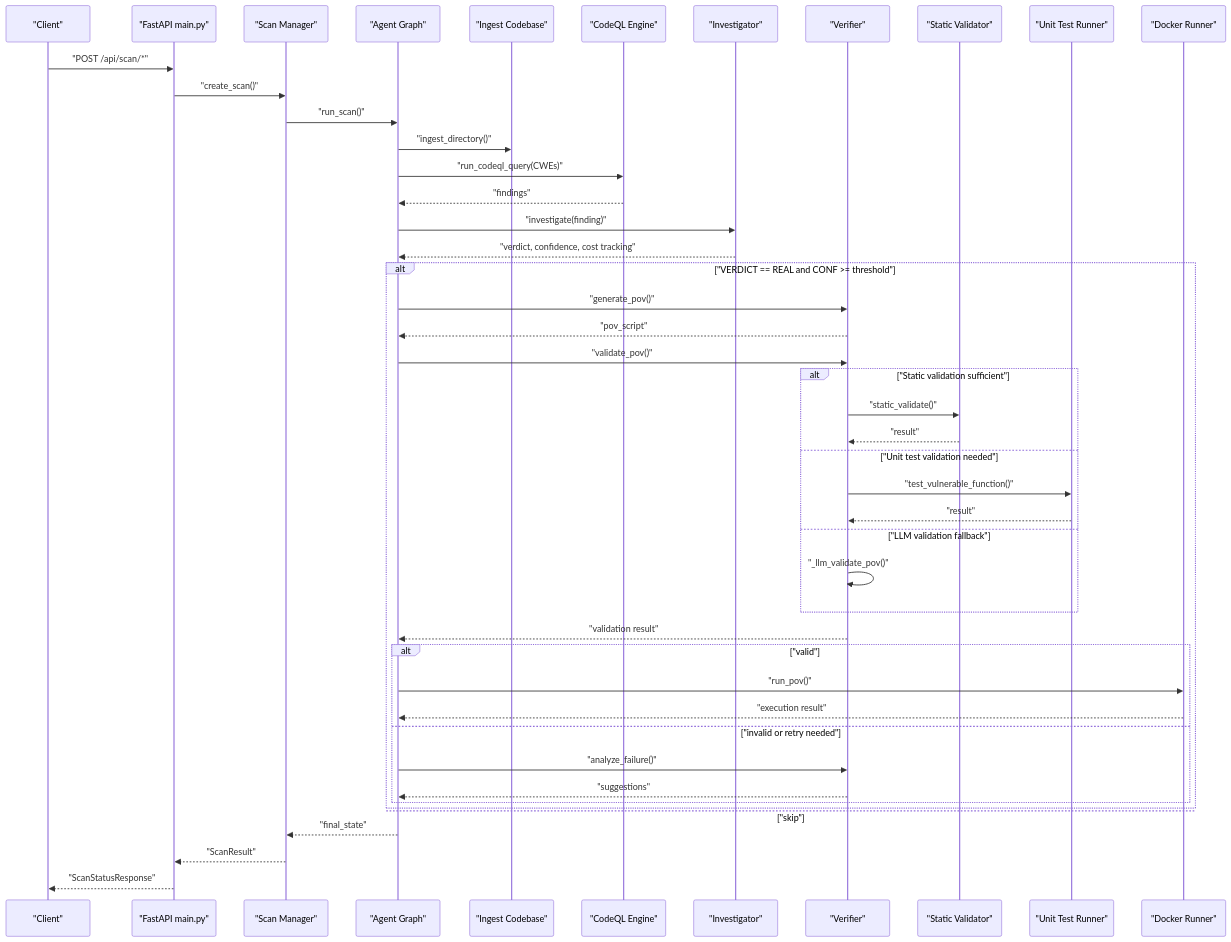
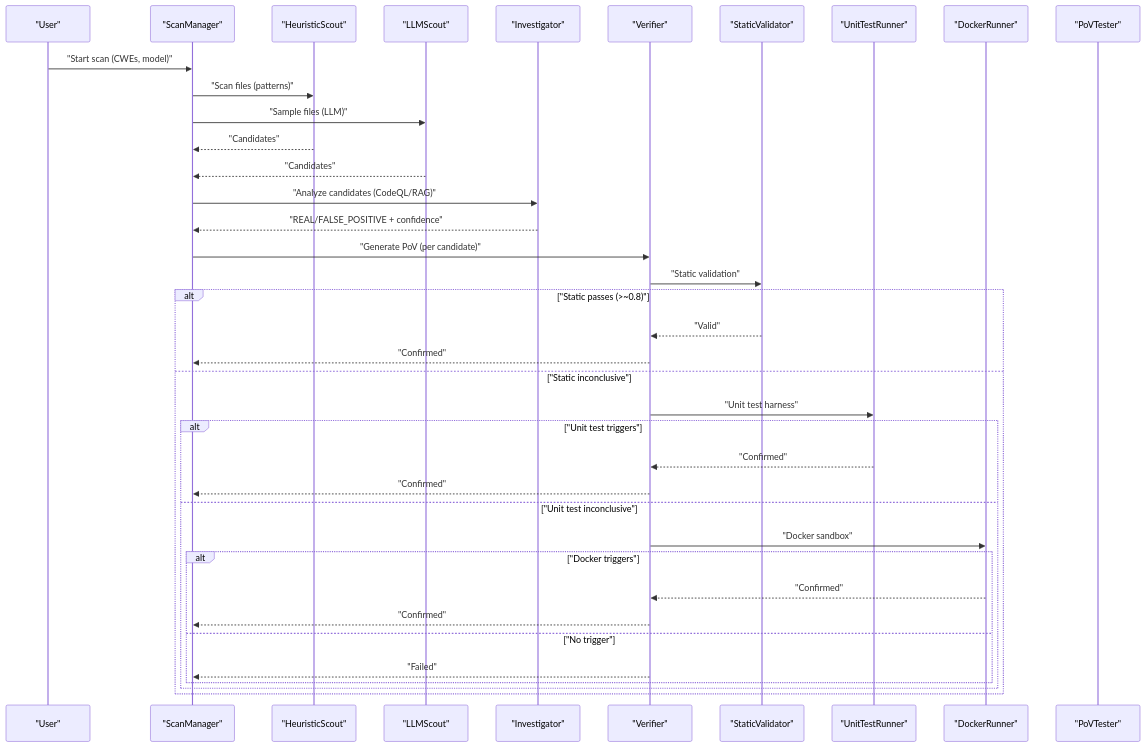
One commit to keysight-anya/AutoPoV changed the second of 5 diagrams in .qoder/repowiki/en/content/Vulnerability Detection/Vulnerability Detection.md. Above: the diagram before and after it, drawn with Mermaid. The commit also changed other lines of this file and 218 other files, not shown here.

````diff
--- a/.qoder/repowiki/en/content/Vulnerability Detection/Vulnerability Detection.md
+++ b/.qoder/repowiki/en/content/Vulnerability Detection/Vulnerability Detection.md
@@ -153,48 +140,40 @@
 ```mermaid
 sequenceDiagram
-participant Client as "Client"
-participant API as "FastAPI main.py"
-participant Manager as "Scan Manager"
-participant Graph as "Agent Graph"
-participant Ingest as "Ingest Codebase"
-participant CodeQL as "CodeQL Engine"
-participant Inv as "Investigator"
-participant Ver as "Verifier"
-participant Static as "Static Validator"
-participant Unit as "Unit Test Runner"
-participant Dock as "Docker Runner"
-Client->>API : "POST /api/scan/*"
-API->>Manager : "create_scan()"
-Manager->>Graph : "run_scan()"
-Graph->>Ingest : "ingest_directory()"
-Graph->>CodeQL : "run_codeql_query(CWEs)"
-CodeQL-->>Graph : "findings"
-Graph->>Inv : "investigate(finding)"
-Inv-->>Graph : "verdict, confidence, cost tracking"
-alt "VERDICT == REAL and CONF >= threshold"
-Graph->>Ver : "generate_pov()"
-Ver-->>Graph : "pov_script"
-Graph->>Ver : "validate_pov()"
-alt "Static validation sufficient"
-Ver->>Static : "static_validate()"
-Static-->>Ver : "result"
-else "Unit test validation needed"
-Ver->>Unit : "test_vulnerable_function()"
-Unit-->>Ver : "result"
-else "LLM validation fallback"
-Ver->>Ver : "_llm_validate_pov()"
+participant User as "User"
+participant SMGR as "ScanManager"
+participant HS as "HeuristicScout"
+participant LLS as "LLMScout"
+participant INV as "Investigator"
+participant VER as "Verifier"
+participant SV as "StaticValidator"
+participant UTR as "UnitTestRunner"
+participant DCK as "DockerRunner"
+participant PVT as "PoVTester"
+User->>SMGR : "Start scan (CWEs, model)"
+SMGR->>HS : "Scan files (patterns)"
+SMGR->>LLS : "Sample files (LLM)"
+HS-->>SMGR : "Candidates"
+LLS-->>SMGR : "Candidates"
+SMGR->>INV : "Analyze candidates (CodeQL/RAG)"
+INV-->>SMGR : "REAL/FALSE_POSITIVE + confidence"
+SMGR->>VER : "Generate PoV (per candidate)"
+VER->>SV : "Static validation"
+alt "Static passes (>~0.8)"
+SV-->>VER : "Valid"
+VER-->>SMGR : "Confirmed"
+else "Static inconclusive"
+VER->>UTR : "Unit test harness"
+alt "Unit test triggers"
+UTR-->>VER : "Confirmed"
+VER-->>SMGR : "Confirmed"
+else "Unit test inconclusive"
+VER->>DCK : "Docker sandbox"
+alt "Docker triggers"
+DCK-->>VER : "Confirmed"
+VER-->>SMGR : "Confirmed"
+else "No trigger"
+VER-->>SMGR : "Failed"
 end
-Ver-->>Graph : "validation result"
-alt "valid"
-Graph->>Dock : "run_pov()"
-Dock-->>Graph : "execution result"
-else "invalid or retry needed"
-Graph->>Ver : "analyze_failure()"
-Ver-->>Graph : "suggestions"
 end
-else "skip"
 end
-Graph-->>Manager : "final_state"
-Manager-->>API : "ScanResult"
-API-->>Client : "ScanStatusResponse"
 ```
````
